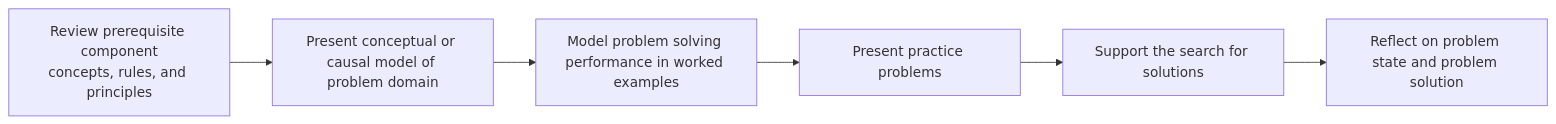
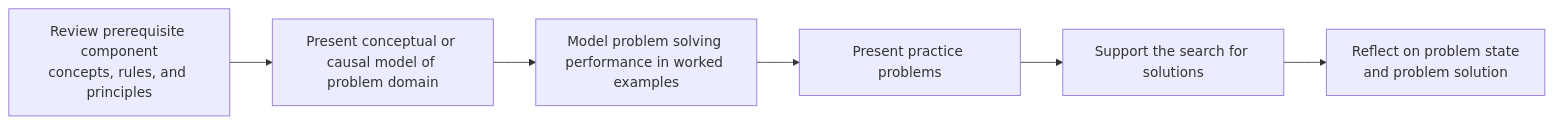
Before and after one commit to Standards-and-Practices/Structured-Rapid-Development: the diagram in experiences/problems/WellStructuredProblem.md, drawn with Mermaid.

Commit message:
Add line breaks.

````diff
--- a/experiences/problems/WellStructuredProblem.md
+++ b/experiences/problems/WellStructuredProblem.md
@@ -5,8 +5,8 @@
 ```mermaid
   flowchart LR;
-      A[Review prerequisite component<br/>concepts, rules, and principles]-->B[Present conceptual or causal model of problem domain];
-      B[Present conceptual or causal model of problem domain]-->C[Model problem solving performance in worked examples];
-      C[Model problem solving performance in worked examples]-->D[Present practice problems];
+      A[Review prerequisite component<br/>concepts, rules, and principles]-->B[Present conceptual or <br/>causal model of problem domain];
+      B[Present conceptual or <br/>causal model of problem domain]-->C[Model problem solving <br/>performance in worked examples];
+      C[Model problem solving <br/>performance in worked examples]-->D[Present practice problems];
       D[Present practice problems]-->E[Support the search for solutions];
-      E[Support the search for solutions]-->F[Reflect on problem state and problem solution];
+      E[Support the search for solutions]-->F[Reflect on problem state <br/>and problem solution];
 ```
````
